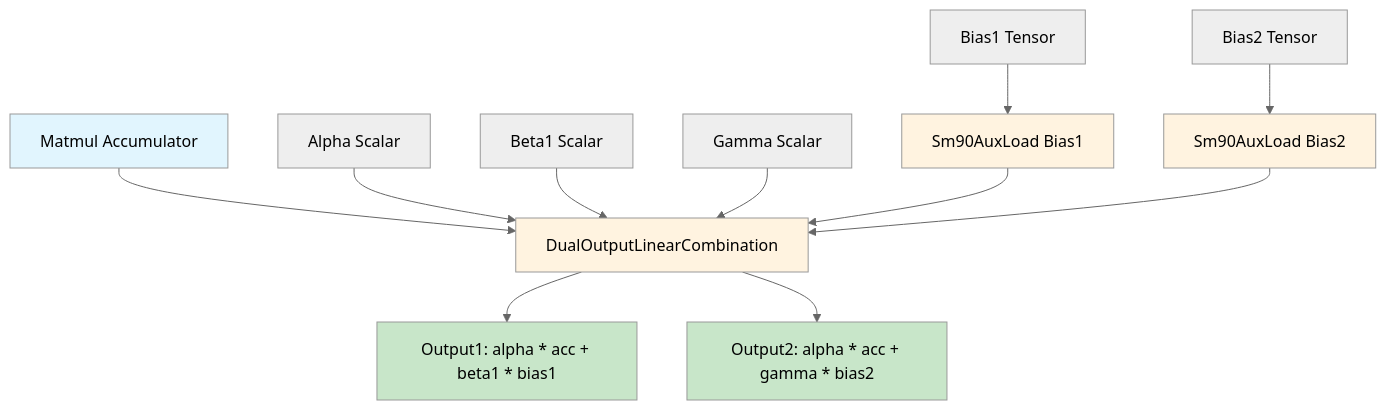
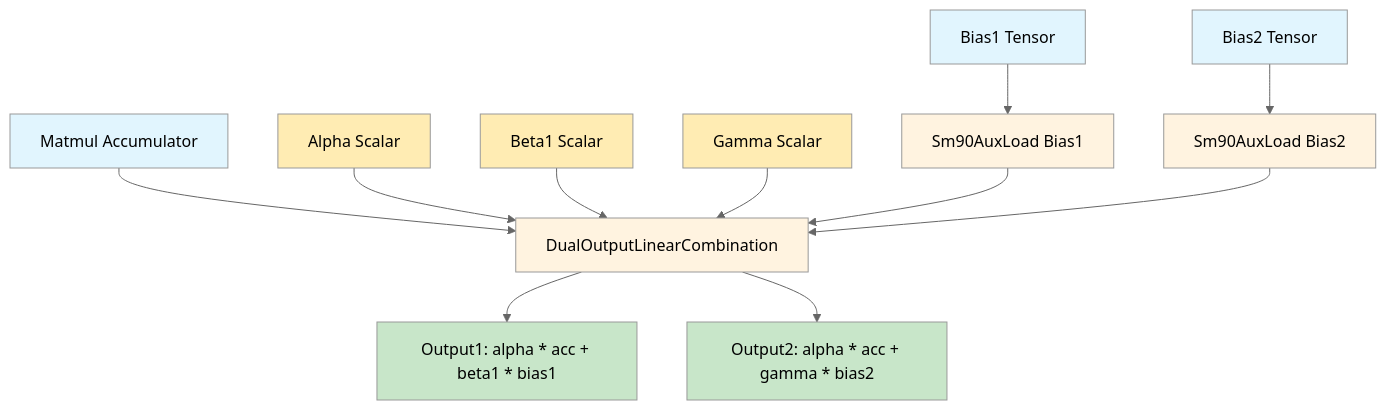
One commit to jacobhinkle/cutlass changed the fourth of 4 diagrams in NVFuserEVTTranslation.md. Above: the diagram before and after it, drawn with Mermaid (neutral theme). The commit also changed other lines of this file, not shown here.

First line of the commit message:
[AI] Improve Mermaid diagrams in NVFuserEVTTranslation.md

````diff
--- a/NVFuserEVTTranslation.md
+++ b/NVFuserEVTTranslation.md
@@ -275,20 +340,25 @@
 ```mermaid
 graph TD
     A[Matmul Accumulator] --> B[DualOutputLinearCombination]
     C[Alpha Scalar] --> B
     D[Beta1 Scalar] --> B
     E[Gamma Scalar] --> B
     F[Bias1 Tensor] --> G[Sm90AuxLoad Bias1]
     H[Bias2 Tensor] --> I[Sm90AuxLoad Bias2]
     G --> B
     I --> B
     B --> J[Output1: alpha * acc + beta1 * bias1]
     B --> K[Output2: alpha * acc + gamma * bias2]
     
     style A fill:#e1f5fe
+    style F fill:#e1f5fe
+    style H fill:#e1f5fe
+    style C fill:#ffecb3
+    style D fill:#ffecb3
+    style E fill:#ffecb3
     style J fill:#c8e6c9
     style K fill:#c8e6c9
     style B fill:#fff3e0
     style G fill:#fff3e0
     style I fill:#fff3e0
 ```
````
